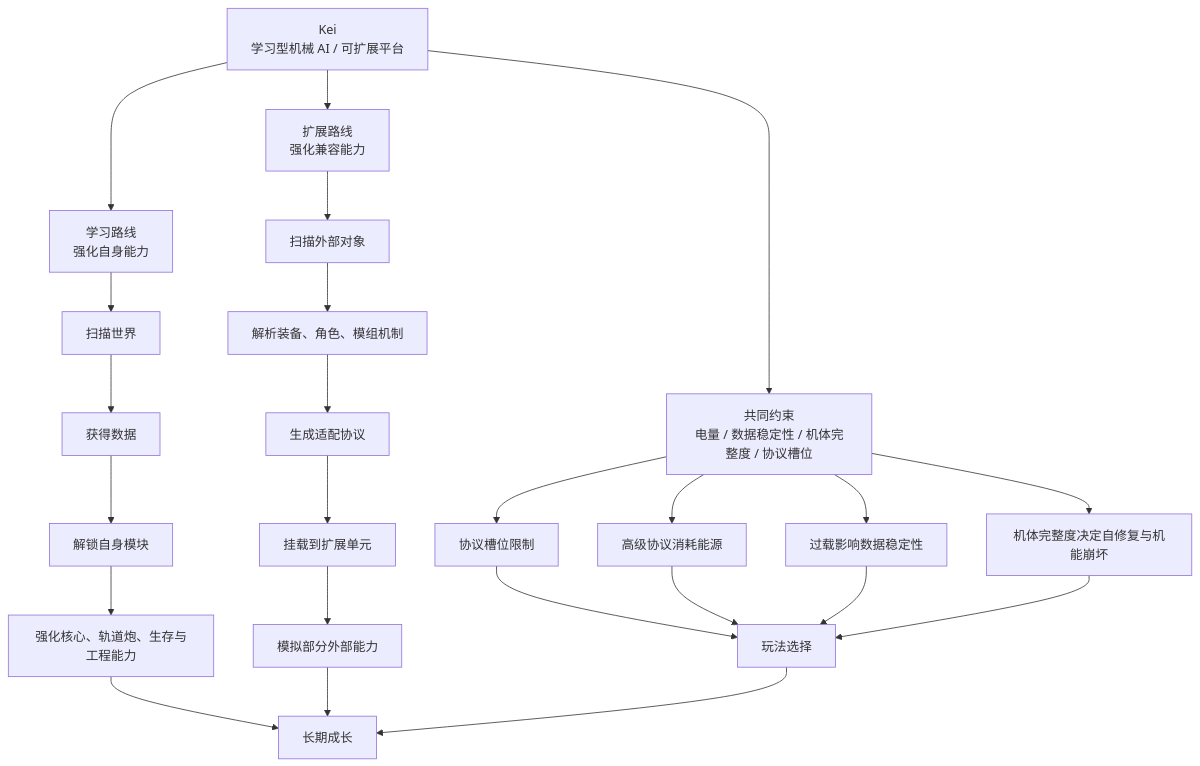
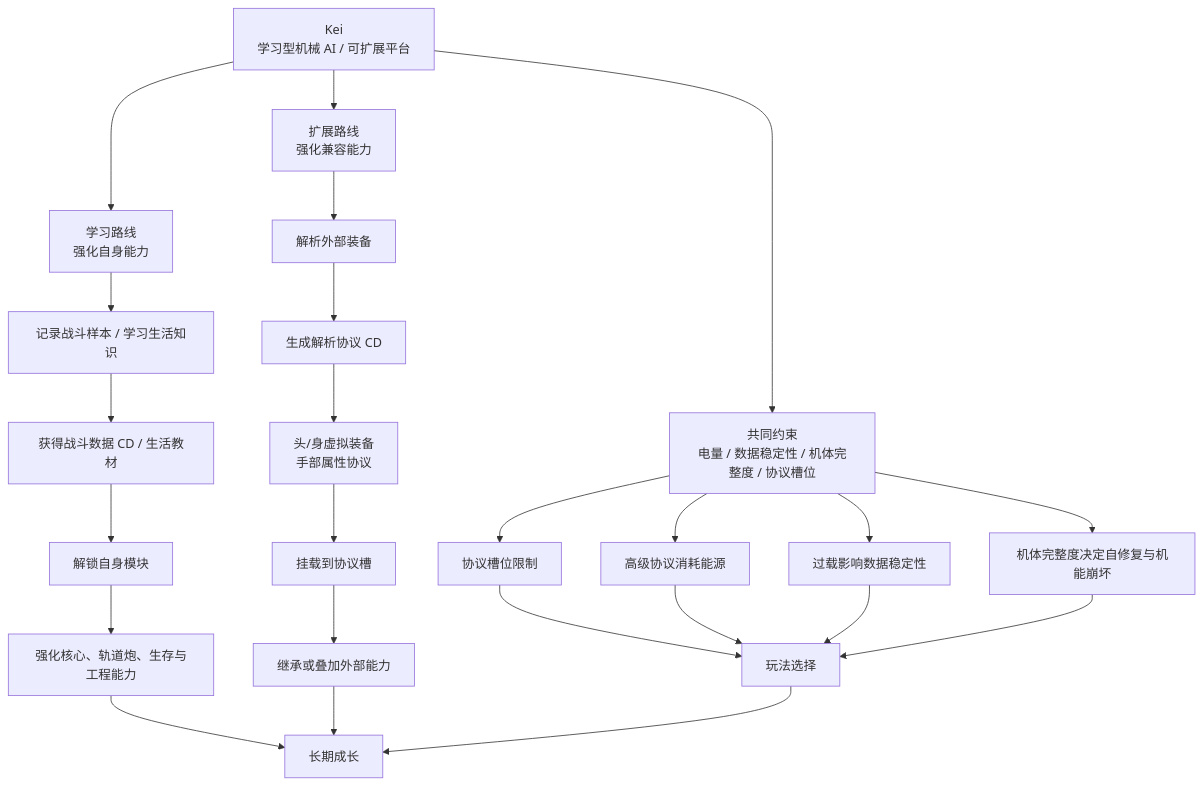
The first of 4 diagrams in Design/Kei_Initial_Design_Map.md (Caihangnnn/DST-Mod-Tendou-Kei), drawn with Mermaid before and after one commit. The commit also changed other lines of this file and 17 other files, not shown here.

````diff
--- a/Design/Kei_Initial_Design_Map.md
+++ b/Design/Kei_Initial_Design_Map.md
@@ -17,30 +17,30 @@
 ```mermaid
 flowchart TD
     A["Kei<br/>学习型机械 AI / 可扩展平台"] --> B["学习路线<br/>强化自身能力"]
     A --> C["扩展路线<br/>强化兼容能力"]
     A --> D["共同约束<br/>电量 / 数据稳定性 / 机体完整度 / 协议槽位"]
 
-    B --> B1["扫描世界"]
-    B1 --> B2["获得数据"]
+    B --> B1["记录战斗样本 / 学习生活知识"]
+    B1 --> B2["获得战斗数据 CD / 生活教材"]
     B2 --> B3["解锁自身模块"]
     B3 --> B4["强化核心、轨道炮、生存与工程能力"]
 
-    C --> C1["扫描外部对象"]
-    C1 --> C2["解析装备、角色、模组机制"]
-    C2 --> C3["生成适配协议"]
-    C3 --> C4["挂载到扩展单元"]
-    C4 --> C5["模拟部分外部能力"]
+    C --> C1["解析外部装备"]
+    C1 --> C2["生成解析协议 CD"]
+    C2 --> C3["头/身虚拟装备<br/>手部属性协议"]
+    C3 --> C4["挂载到协议槽"]
+    C4 --> C5["继承或叠加外部能力"]
 
     D --> D1["协议槽位限制"]
     D --> D2["高级协议消耗能源"]
     D --> D3["过载影响数据稳定性"]
     D --> D4["机体完整度决定自修复与机能崩坏"]
 
     B4 --> E["长期成长"]
     C5 --> E
     D1 --> F["玩法选择"]
     D2 --> F
     D3 --> F
     D4 --> F
     F --> E
 ```
````
